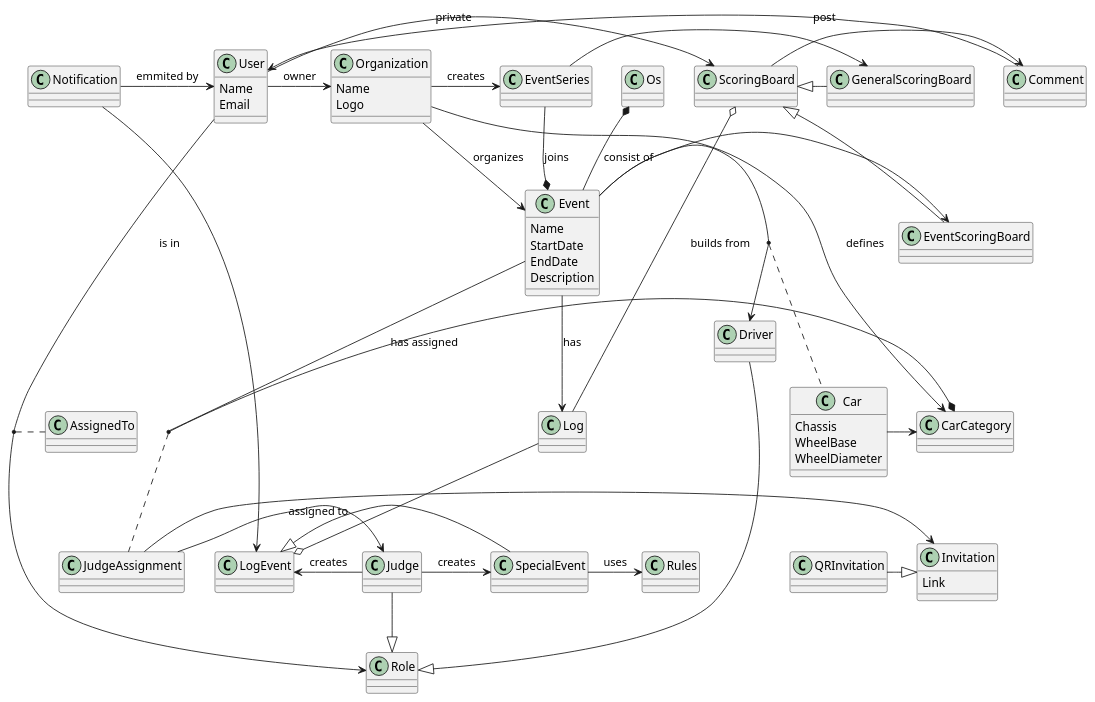
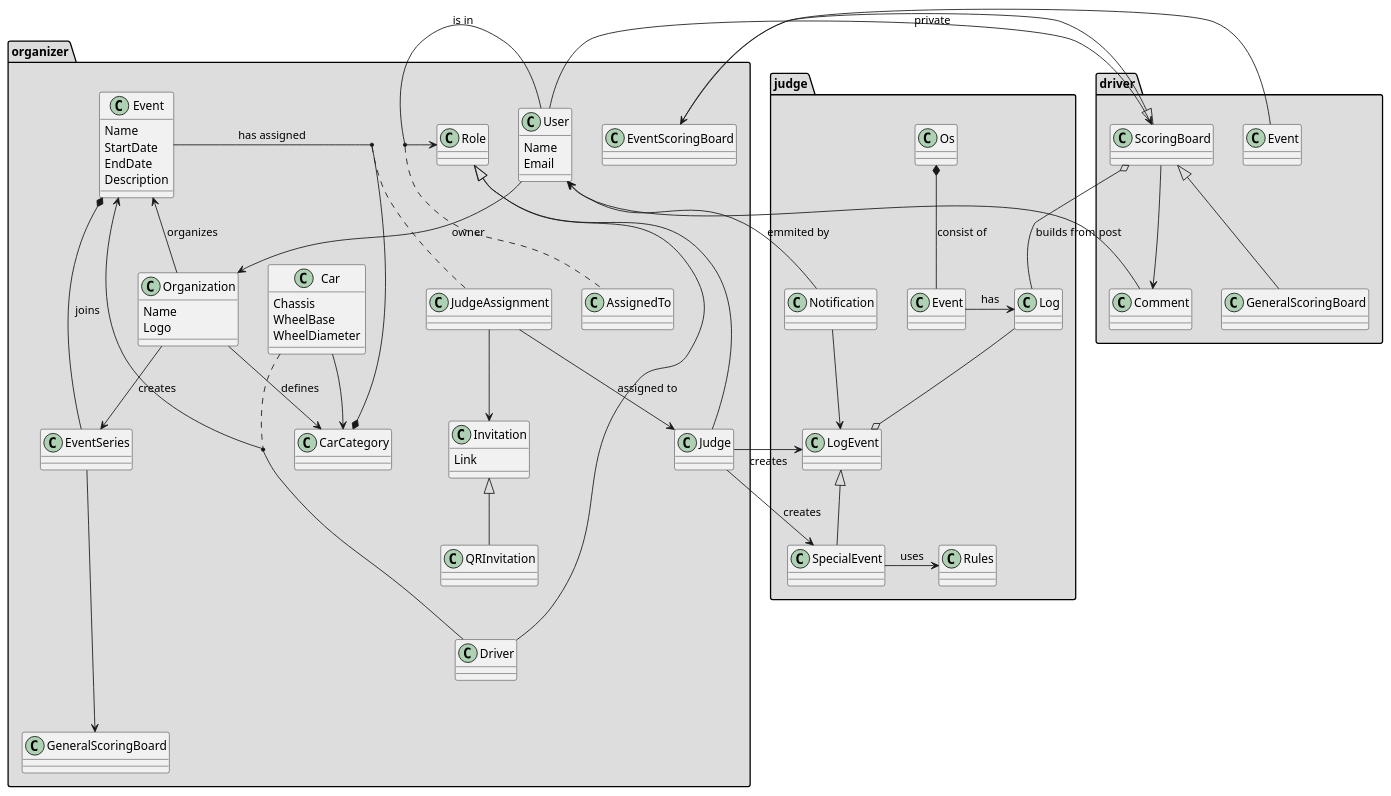
Before and after one commit to sratatata/rc-trial: the diagram in doc/model.puml, drawn with PlantUML.

Commit message:
Fix readability by adding name spaces
Refactoring of model.puml

```diff
--- a/doc/model.puml
+++ b/doc/model.puml
@@ -1,84 +1,102 @@
 @startuml
 ' Idea for model in Firebase store
 ' Organizer
-class Organization{
-    Name
-    Logo
-}
-class Event{
-    Name
-    StartDate
-    EndDate
-    Description
+
+namespace organizer #DDDDDD {
+    class Car{
+        Chassis
+        WheelBase
+        WheelDiameter
+    }
+
+    class Organization{
+        Name
+        Logo
+    }
+
+    class Event{
+        Name
+        StartDate
+        EndDate
+        Description
+    }
+
+    class EventSeries
+
+    class Role
+
+    class User{
+        Name
+        Email
+    }
+
+    class Judge
+
+    class Driver
+
+
+    class CarCategory
+
+    class Invitation {
+        Link
+    }
+
+    class QRInvitation
+
+
+    Event <-- Organization: organizes
+    Event *-- EventSeries: joins
+    Event -* CarCategory: has assigned
+    User -> Role : is in
+    Role <|--- Judge
+    Role <|-- Driver
+    Event <--- Driver
+    Car . (Event,Driver)
+    Car --> CarCategory
+    (User,Role) . AssignedTo
+    Organization --> EventSeries: creates
+    User --> Organization: owner
+    Organization --> CarCategory : defines
+    (CarCategory,Event) .. JudgeAssignment
+    JudgeAssignment --> Judge : assigned to
+    JudgeAssignment --> Invitation
+    Invitation <|-- QRInvitation
 }
 
-class EventSeries
-class User{
-    Name
-    Email
-}
-class Judge
-class Driver
-class Role
-class CarCategory 
-class Invitation {
-    Link
-}
-class QRInvitation
-class Car{
-    Chassis
-    WheelBase
-    WheelDiameter
+' Judge
+namespace judge #DDDDDD{
+    class Event
+    class Os
+    class Log
+    class LogEvent
+    class Notification
+    class Rules
+    class SpecialEvent
+
+    Os *-- Event : consist of
+    Event -> Log: has
+    Log --o LogEvent
+    organizer.User <-- Notification : emmited by
+    Notification --> LogEvent
+    organizer.Judge -> LogEvent : creates
+    LogEvent <|-- SpecialEvent
+    organizer.Judge -> SpecialEvent : creates
+    SpecialEvent -> Rules: uses
 }
 
-Driver -|> Role
-Judge -|> Role
-User ---> Role : is in
-(User,Role) .. AssignedTo
-Organization -> Event: organizes
-Organization -> EventSeries: creates
-EventSeries --* Event: joins
-User -> Organization: owner
-Organization -> CarCategory : defines
-Event -* CarCategory : has assigned
-(Event,CarCategory) .. JudgeAssignment 
-JudgeAssignment -> Judge : assigned to
-JudgeAssignment -> Invitation
-QRInvitation -|> Invitation
-Event -> Driver
-(Event,Driver) .. Car
-Car -> CarCategory
+' Driver
+namespace driver #DDDDDD {
+    class Comment
+    class ScoringBoard
 
-' Judge
-class Event
-class Os
-class Log
-class LogEvent
-class Notification
-class Rules 
-class SpecialEvent
+    organizer.User <---- Comment : post
+    ScoringBoard o-- judge.Log : builds from
+    ScoringBoard <|---- organizer.EventScoringBoard
+    ScoringBoard <|-- GeneralScoringBoard
+    ScoringBoard --> Comment
 
-Os *-- Event : consist of
-Event --> Log: has
-Log --o LogEvent
-Notification -> User : emmited by
-Notification --> LogEvent
-Judge -> LogEvent : creates
-SpecialEvent -|> LogEvent
-Judge -> SpecialEvent : creates
-SpecialEvent -> Rules: uses
-
-' Driver
-class Comment
-class ScoringBoard
-
-User <- Comment : post
-ScoringBoard o- Log : builds from
-ScoringBoard <|- EventScoringBoard
-ScoringBoard <|- GeneralScoringBoard
-ScoringBoard -> Comment
-
-User -> ScoringBoard : private
-Event -> EventScoringBoard
-EventSeries -> GeneralScoringBoard
+    organizer.User ----> ScoringBoard : private
+    Event ----> organizer.EventScoringBoard
+    EventSeries ----> organizer.GeneralScoringBoard
+}
 @enduml
```
